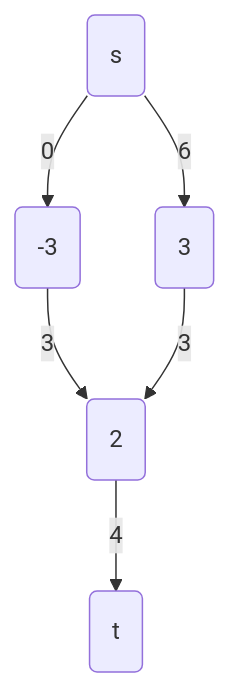
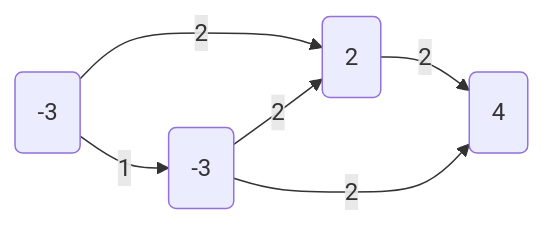
One commit to muribe0/TDA changed the fifth of 9 diagrams in Redes-de-flujo/redes2.md. Above: the diagram before and after it, drawn with Mermaid. The commit also changed other lines of this file and 1 other file, not shown here.

````diff
--- a/Redes-de-flujo/redes2.md
+++ b/Redes-de-flujo/redes2.md
@@ -150,10 +138,7 @@
-```mermaid
-graph
-    s(s)
-    A(A)
-    B(B)
-    C(C)
-    t(t)
-    s -->|0| A("-3") -->|3| C
-    s -->|6| B("3") -->|3| C("2") -->|4| t
+```mermaid 
+graph LR
+    A("-3") -->|2| C(2)
+    A -->|1| B("-3") -->|2| C
+    B -->|2| D(4)
+    C -->|2| D
 ```
````
